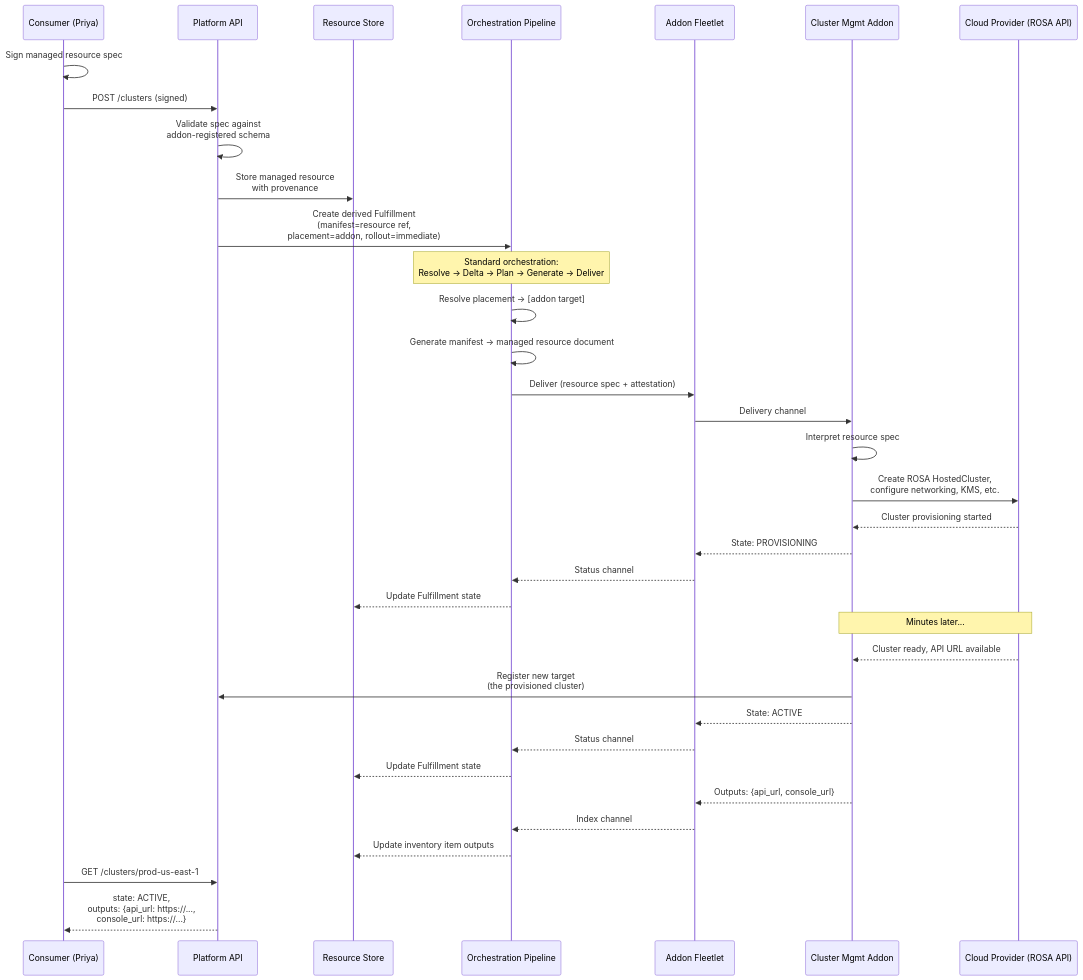
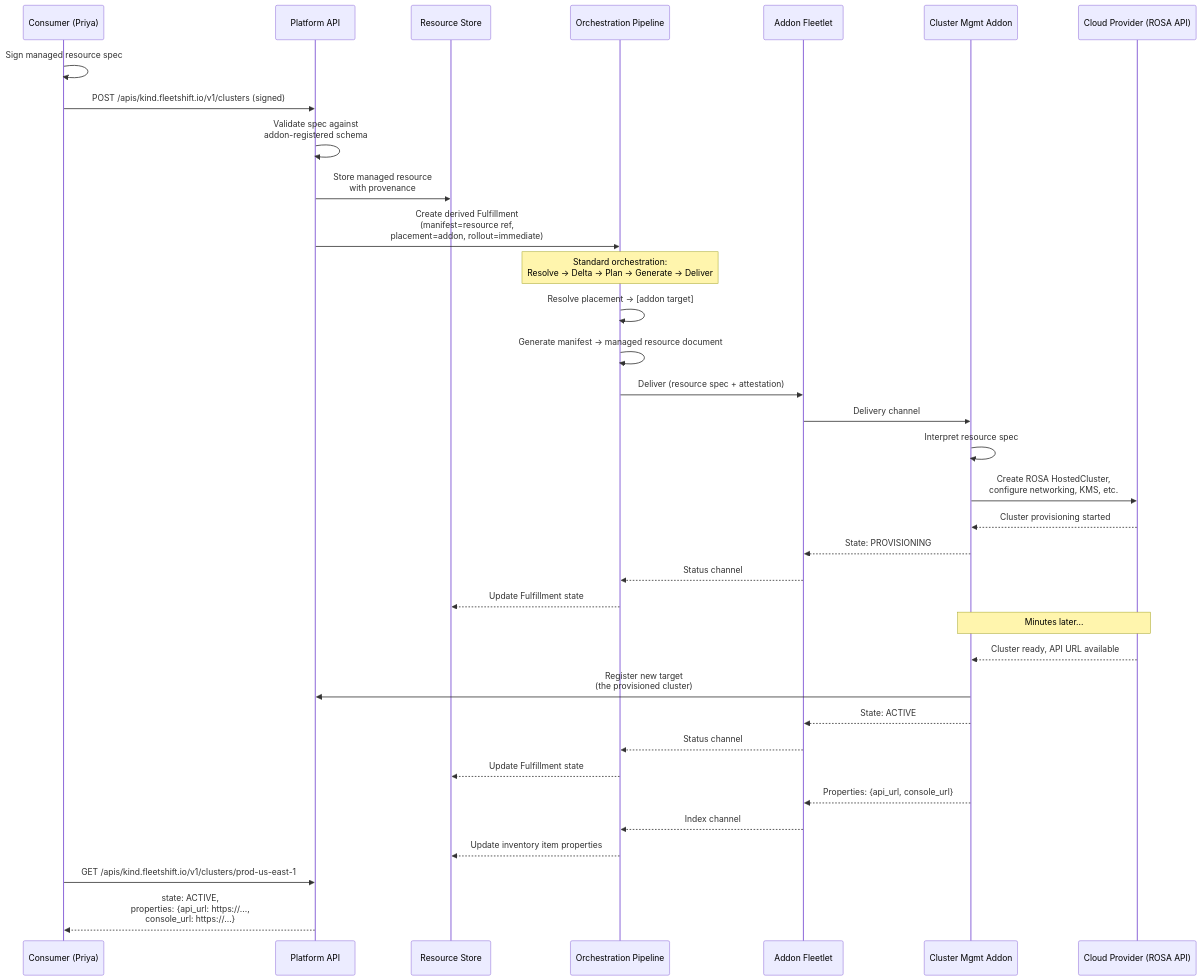
One commit to fleetshift/fleetshift-poc changed the diagram in docs/design/managed_resources.md. Above: the diagram before and after it, drawn with Mermaid. The commit also changed other lines of this file and 7 other files, not shown here.

````diff
--- a/docs/design/managed_resources.md
+++ b/docs/design/managed_resources.md
@@ -193,46 +202,46 @@
 ```mermaid
 sequenceDiagram
     participant User as Consumer (Priya)
     participant Platform as Platform API
     participant Store as Resource Store
     participant Pipeline as Orchestration Pipeline
     participant Fleetlet as Addon Fleetlet
     participant Addon as Cluster Mgmt Addon
     participant Cloud as Cloud Provider (ROSA API)
 
     User->>User: Sign managed resource spec
-    User->>Platform: POST /clusters (signed)
+    User->>Platform: POST /apis/kind.fleetshift.io/v1/clusters (signed)
     Platform->>Platform: Validate spec against<br/>addon-registered schema
     Platform->>Store: Store managed resource<br/>with provenance
 
     Platform->>Pipeline: Create derived Fulfillment<br/>(manifest=resource ref,<br/>placement=addon, rollout=immediate)
 
     Note over Pipeline: Standard orchestration:<br/>Resolve → Delta → Plan → Generate → Deliver
 
     Pipeline->>Pipeline: Resolve placement → [addon target]
     Pipeline->>Pipeline: Generate manifest → managed resource document
     Pipeline->>Fleetlet: Deliver (resource spec + attestation)
     Fleetlet->>Addon: Delivery channel
 
     Addon->>Addon: Interpret resource spec
     Addon->>Cloud: Create ROSA HostedCluster,<br/>configure networking, KMS, etc.
     Cloud-->>Addon: Cluster provisioning started
 
     Addon-->>Fleetlet: State: PROVISIONING
     Fleetlet-->>Pipeline: Status channel
     Pipeline-->>Store: Update Fulfillment state
 
     Note over Addon, Cloud: Minutes later...
 
     Cloud-->>Addon: Cluster ready, API URL available
     Addon->>Platform: Register new target<br/>(the provisioned cluster)
     Addon-->>Fleetlet: State: ACTIVE
     Fleetlet-->>Pipeline: Status channel
     Pipeline-->>Store: Update Fulfillment state
-    Addon-->>Fleetlet: Outputs: {api_url, console_url}
+    Addon-->>Fleetlet: Properties: {api_url, console_url}
     Fleetlet-->>Pipeline: Index channel
-    Pipeline-->>Store: Update inventory item outputs
+    Pipeline-->>Store: Update inventory item properties
 
-    User->>Platform: GET /clusters/prod-us-east-1
-    Platform-->>User: state: ACTIVE,<br/>outputs: {api_url: https://...,<br/>console_url: https://...}
+    User->>Platform: GET /apis/kind.fleetshift.io/v1/clusters/prod-us-east-1
+    Platform-->>User: state: ACTIVE,<br/>properties: {api_url: https://...,<br/>console_url: https://...}
 ```
````
